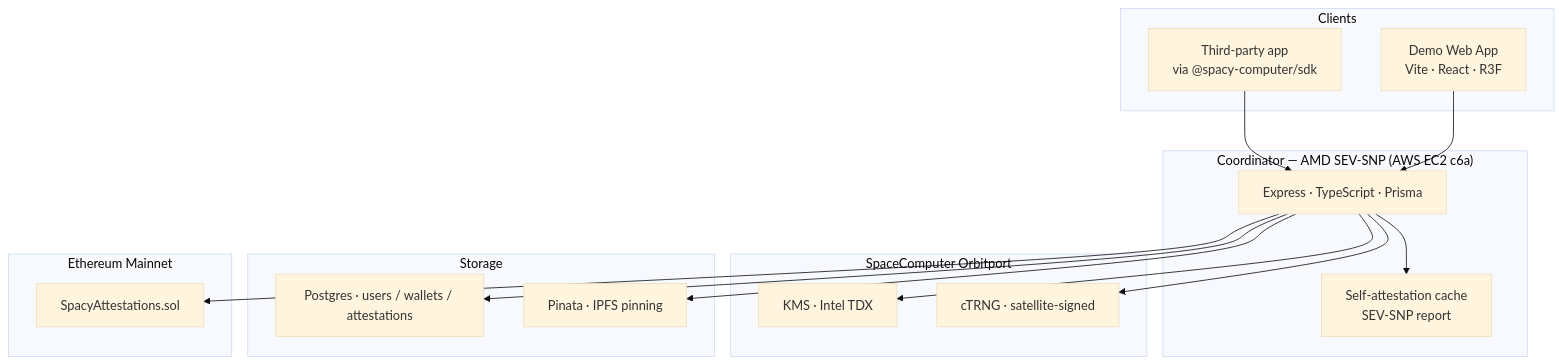
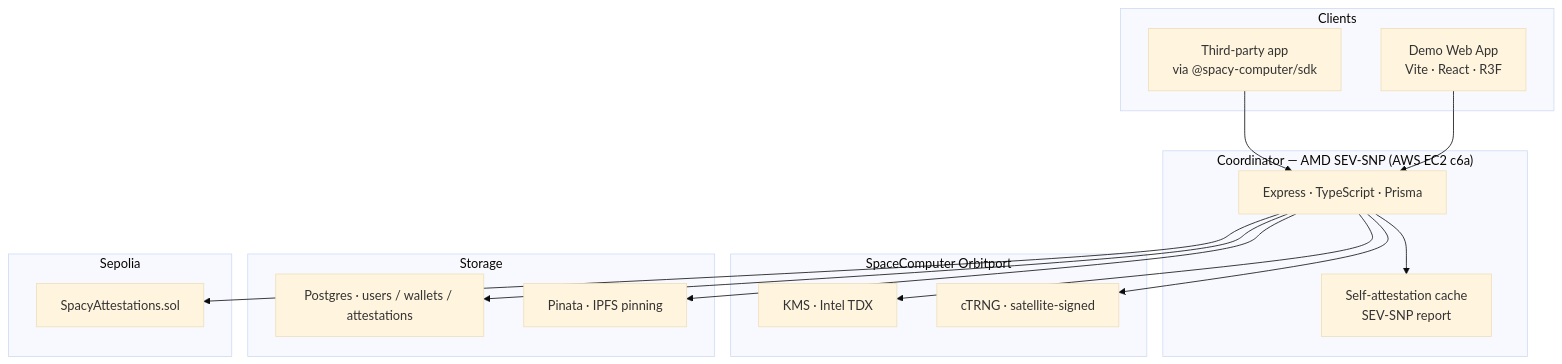
One commit to itublockchain/ethprague2026-spacy changed the second of 2 diagrams in README.md. Above: the diagram before and after it, drawn with Mermaid (base theme). The commit also changed other lines of this file, not shown here.

````diff
--- a/README.md
+++ b/README.md
@@ -162,35 +162,35 @@
 ```mermaid
 graph TD
     subgraph Clients
         A[Demo Web App<br/>Vite · React · R3F]
         B[Third-party app<br/>via @spacy-computer/sdk]
     end
 
     subgraph Coordinator["Coordinator — AMD SEV-SNP (AWS EC2 c6a)"]
         E[Express · TypeScript · Prisma]
         F[Self-attestation cache<br/>SEV-SNP report]
     end
 
     subgraph Orbitport["SpaceComputer Orbitport"]
         K[KMS · Intel TDX]
         L[cTRNG · satellite-signed]
     end
 
     subgraph Storage
         H[Postgres · users / wallets / attestations]
         I[Pinata · IPFS pinning]
     end
 
-    subgraph Chain["Ethereum Mainnet"]
+    subgraph Chain["Sepolia"]
         J[SpacyAttestations.sol]
     end
 
     A --> E
     B --> E
     E --> F
     E --> K
     E --> L
     E --> H
     E --> I
     E --> J
 ```
````
